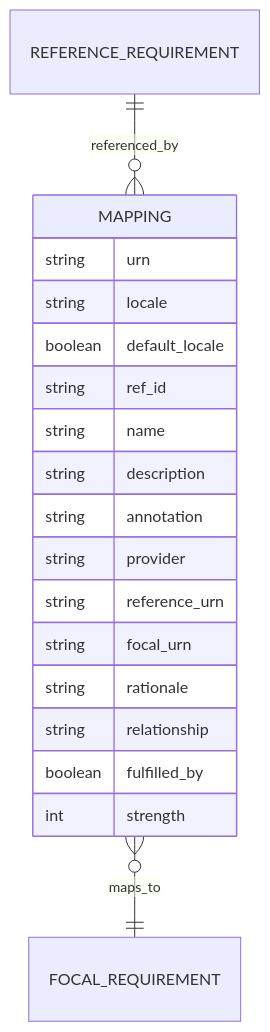
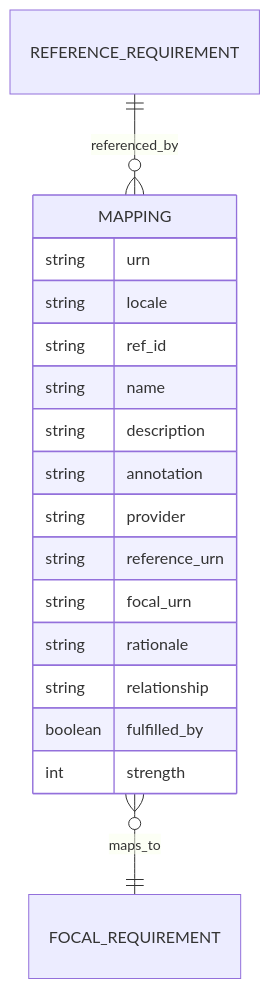
One commit to intuitem/ciso-assistant-community changed the fifth of 7 diagrams in documentation/architecture/data-model.md. Above: the diagram before and after it, drawn with Mermaid. The commit also changed other lines of this file, not shown here.

````diff
--- a/documentation/architecture/data-model.md
+++ b/documentation/architecture/data-model.md
@@ -290,25 +292,24 @@
 ```mermaid
 erDiagram
     REFERENCE_REQUIREMENT ||--o{ MAPPING          : referenced_by
     MAPPING               }o--|| FOCAL_REQUIREMENT: maps_to
 
     MAPPING {
         string  urn
         string  locale
-        boolean default_locale
         string  ref_id
         string  name
         string  description
         string  annotation
         string  provider
 
         string  reference_urn
         string  focal_urn
         string  rationale
         string  relationship
         boolean fulfilled_by
         int     strength
     }
 
 
 ```
````
